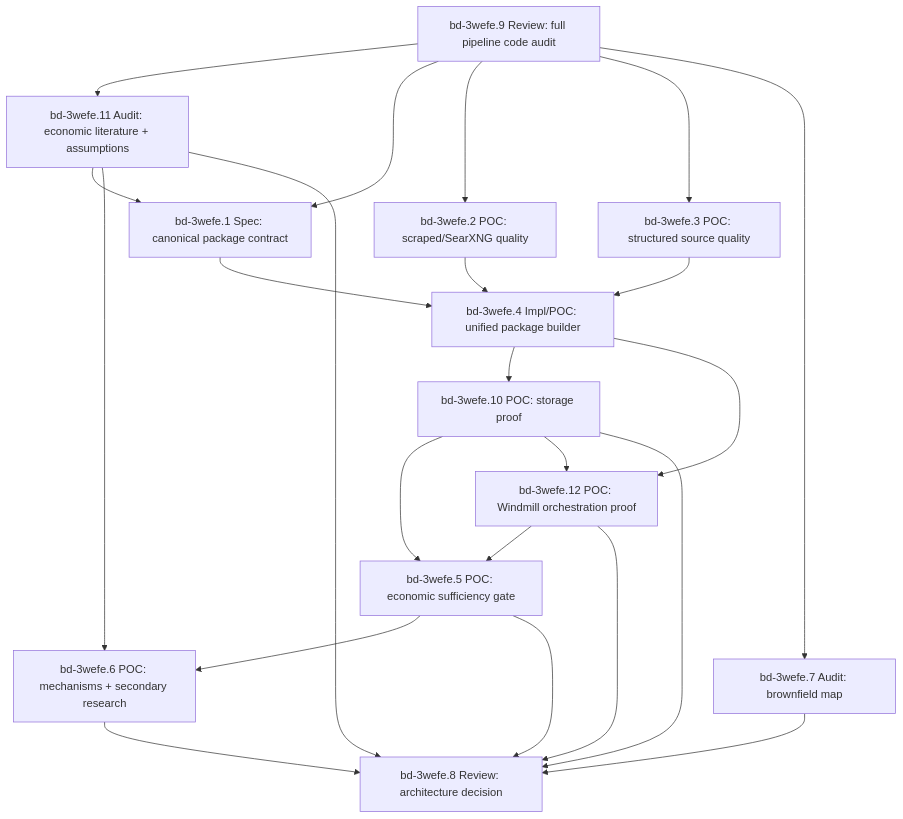
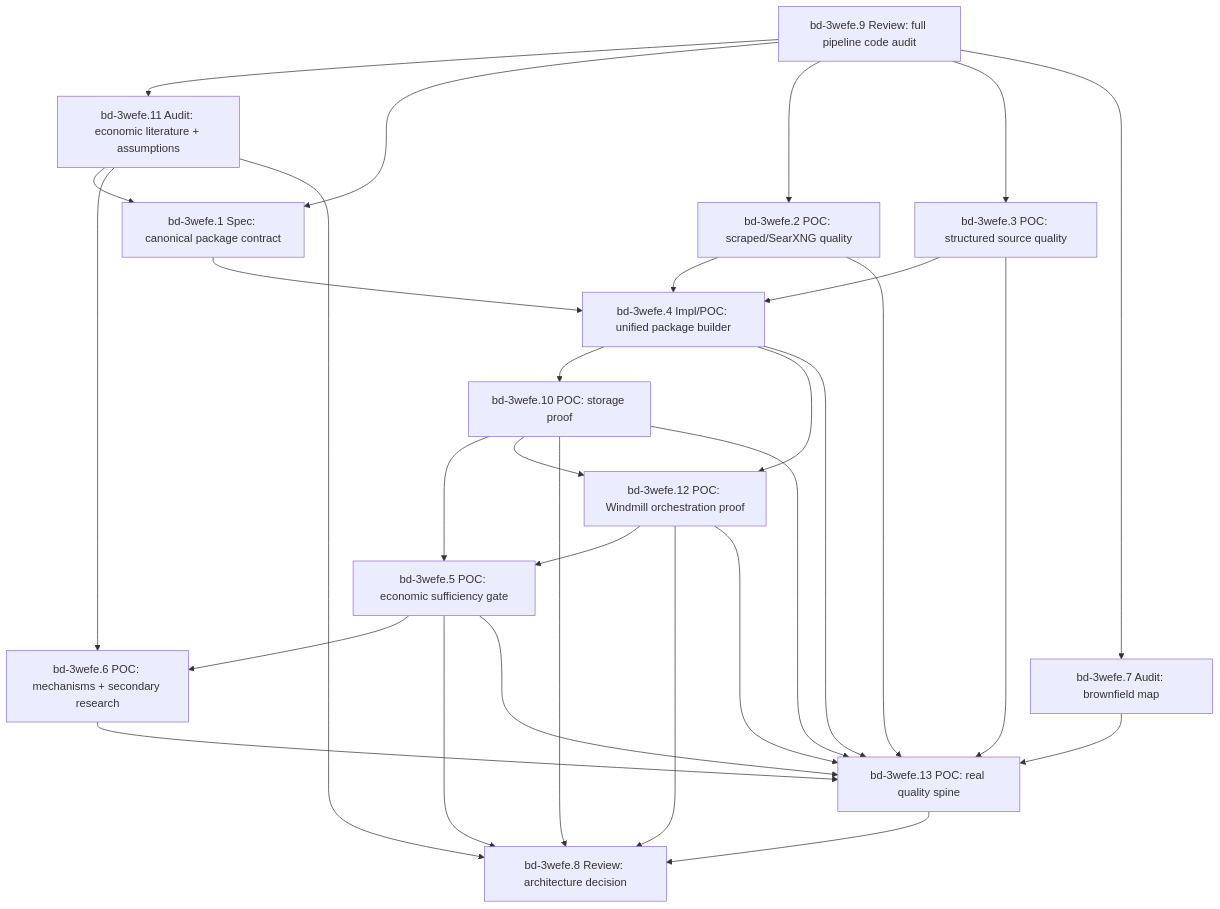
The diagram in docs/specs/2026-04-14-evidence-package-dependency-lockdown.md (stars-end/affordabot), drawn with Mermaid before and after one commit. The commit also changed other lines of this file, not shown here.

First line of the commit message:
bd-3wefe: add quality spine blocker

````diff
--- a/docs/specs/2026-04-14-evidence-package-dependency-lockdown.md
+++ b/docs/specs/2026-04-14-evidence-package-dependency-lockdown.md
@@ -139,38 +150,46 @@
 ```mermaid
 flowchart TD
     T9["bd-3wefe.9 Review: full pipeline code audit"]
     T11["bd-3wefe.11 Audit: economic literature + assumptions"]
     T1["bd-3wefe.1 Spec: canonical package contract"]
     T2["bd-3wefe.2 POC: scraped/SearXNG quality"]
     T3["bd-3wefe.3 POC: structured source quality"]
     T4["bd-3wefe.4 Impl/POC: unified package builder"]
     T10["bd-3wefe.10 POC: storage proof"]
     T12["bd-3wefe.12 POC: Windmill orchestration proof"]
     T5["bd-3wefe.5 POC: economic sufficiency gate"]
     T6["bd-3wefe.6 POC: mechanisms + secondary research"]
     T7["bd-3wefe.7 Audit: brownfield map"]
+    T13["bd-3wefe.13 POC: real quality spine"]
     T8["bd-3wefe.8 Review: architecture decision"]
 
     T9 --> T11
     T11 --> T1
     T11 --> T6
     T11 --> T8
     T9 --> T1
     T9 --> T2
     T9 --> T3
     T9 --> T7
     T1 --> T4
     T2 --> T4
     T3 --> T4
     T4 --> T10
     T4 --> T12
     T10 --> T5
     T10 --> T12
     T10 --> T8
     T12 --> T5
     T12 --> T8
     T5 --> T6
     T5 --> T8
-    T6 --> T8
-    T7 --> T8
+    T2 --> T13
+    T3 --> T13
+    T4 --> T13
+    T10 --> T13
+    T12 --> T13
+    T5 --> T13
+    T6 --> T13
+    T7 --> T13
+    T13 --> T8
 ```
````
